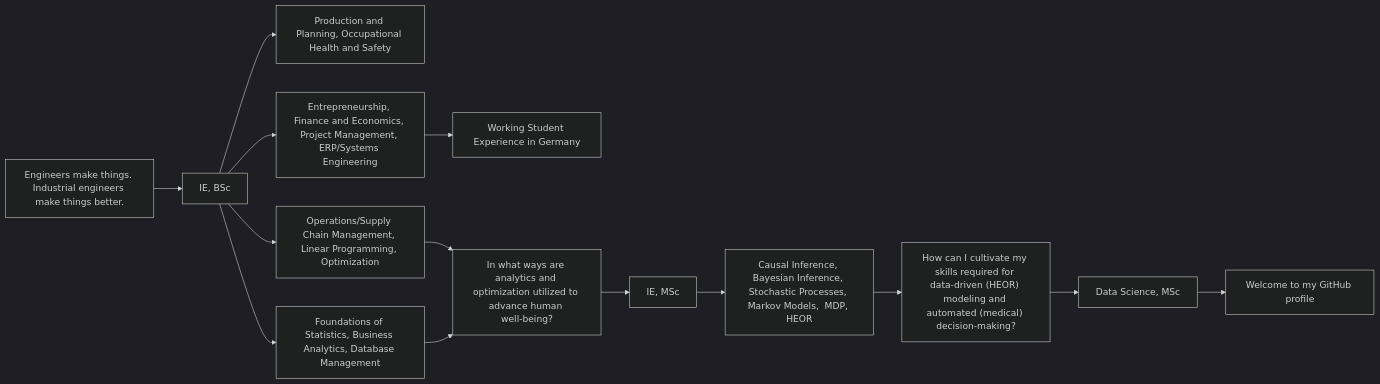
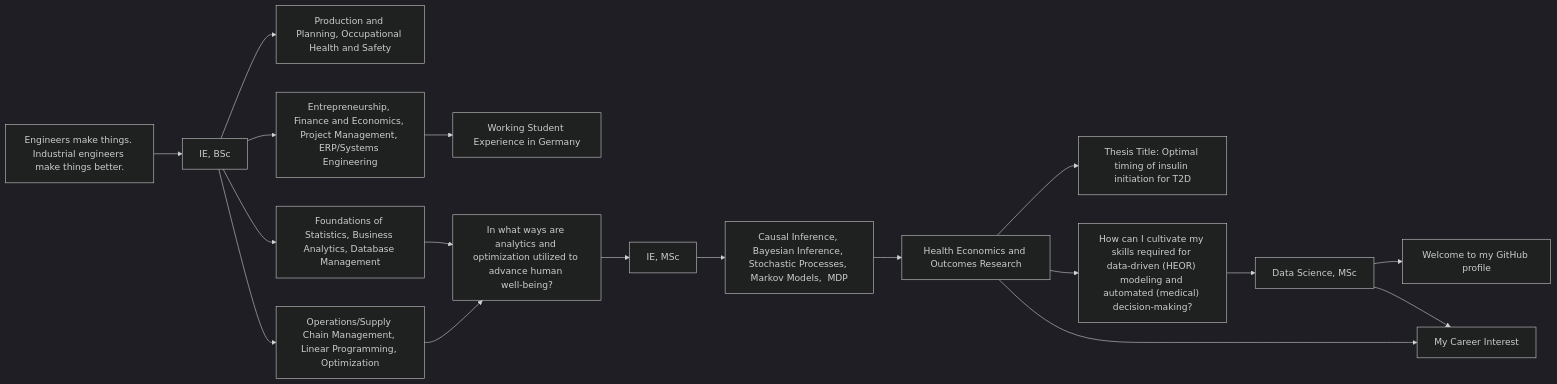
One commit to eminsin/eminsin changed the diagram in README.md. Above: the diagram before and after it, drawn with Mermaid (dark theme).

Commit message:
Update flowchart in README with new career interests

````diff
--- a/README.md
+++ b/README.md
@@ -55,16 +55,20 @@
 ```mermaid
 graph LR
     A["Engineers make things. Industrial engineers make things better."] --> B["IE, BSc"];
     B --> C["Production and Planning, Occupational Health and Safety"];
     B --> D["Entrepreneurship, Finance and Economics, Project Management, ERP/Systems Engineering"];
     D --> M["Working Student Experience in Germany"]
     B --> E["Foundations of Statistics, Business Analytics, Database Management"];
     B --> F["Operations/Supply Chain Management, Linear Programming, Optimization"];
     F --> G["In what ways are analytics and optimization utilized to advance human well‑being?"];
     E --> G;
     G --> H["IE, MSc"];
-    H --> I["Causal Inference, Bayesian Inference, Stochastic Processes, Markov Models,  MDP, HEOR"];
-    I --> J["How can I cultivate my skills required for data‑driven (HEOR) modeling and automated (medical) decision‑making?"];
+    H --> I["Causal Inference, Bayesian Inference, Stochastic Processes, Markov Models,  MDP"];
+    I --> N["Health Economics and Outcomes Research"];
+    N --> O["Thesis Title: Optimal timing of insulin initiation for T2D"];
+    N --> J["How can I cultivate my skills required for data‑driven (HEOR) modeling and automated (medical) decision‑making?"];
     J --> K["Data Science, MSc"];
     K --> L["Welcome to my GitHub profile"];
+    N --> P["My Career Interest"];
+    K --> P;
 ```
````
